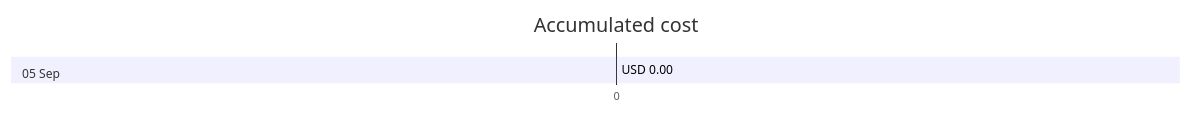
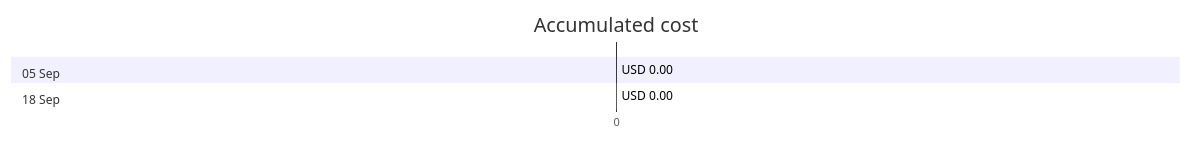
Before and after one commit to jpfulton/azure-personal-reports: the first of 4 diagrams in cost-reports/azureapp-auto-alerts-873533-jpatrick_fulton_gmail_com/azureapp-auto.md, drawn with Mermaid. The commit also changed other lines of this file and 1 other file, not shown here.

````diff
--- a/cost-reports/azureapp-auto-alerts-873533-jpatrick_fulton_gmail_com/azureapp-auto.md
+++ b/cost-reports/azureapp-auto-alerts-873533-jpatrick_fulton_gmail_com/azureapp-auto.md
@@ -20,8 +20,10 @@
 ```mermaid
 gantt
    title Accumulated cost
    dateFormat  X
    axisFormat %s
    section 05 Sep
    USD 0.00 :0, 0
+   section 18 Sep
+   USD 0.00 :0, 0
 ```
````
